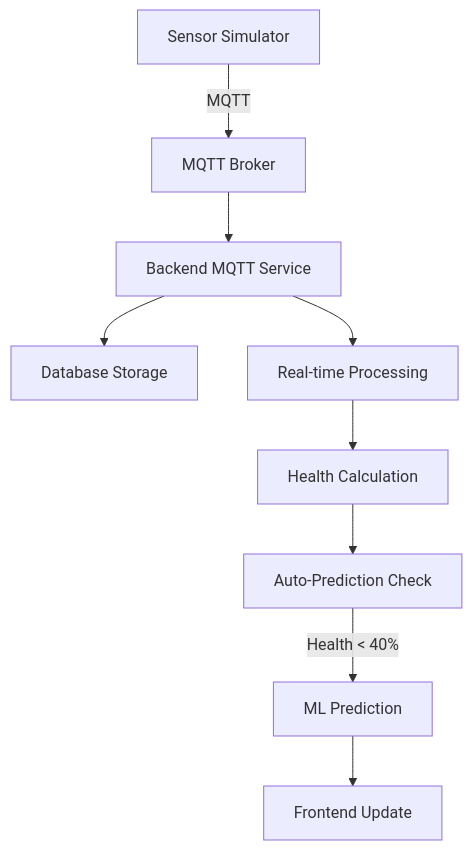
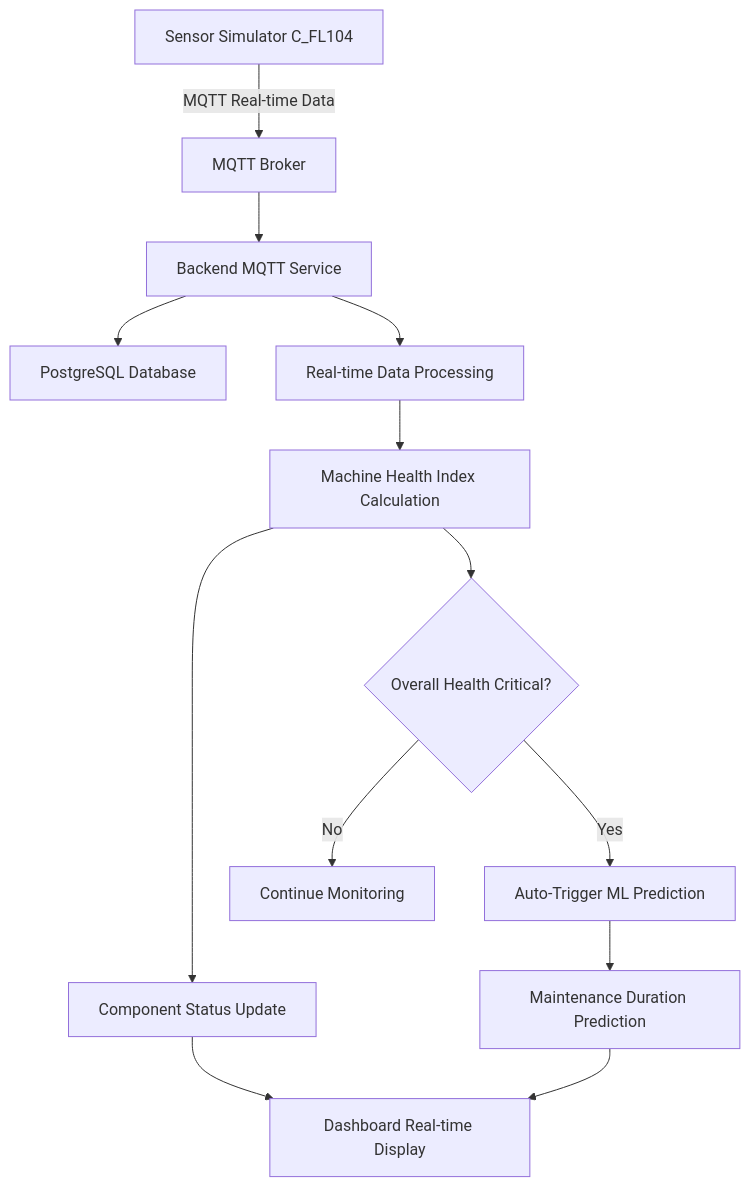
Before and after one commit to yawwnann/Sensor-Model-Prediction-Flexo-104: the first of 4 diagrams in DOKUMENTASI.md, drawn with Mermaid. The commit also changed other lines of this file, not shown here.

Commit message:
docs: Update documentation for Flexo Digital Twin system, enhancing flow diagrams and explanations for data collection, monitoring, and maintenance prediction processes

````diff
--- a/DOKUMENTASI.md
+++ b/DOKUMENTASI.md
@@ -126,11 +126,15 @@
 ```mermaid
 graph TD
-    A[Sensor Simulator] -->|MQTT| B[MQTT Broker]
+    A[Sensor Simulator C_FL104] -->|MQTT Real-time Data| B[MQTT Broker]
     B --> C[Backend MQTT Service]
-    C --> D[Database Storage]
-    C --> E[Real-time Processing]
-    E --> F[Health Calculation]
-    F --> G[Auto-Prediction Check]
-    G -->|Health < 40%| H[ML Prediction]
-    H --> I[Frontend Update]
+    C --> D[PostgreSQL Database]
+    C --> E[Real-time Data Processing]
+    E --> F[Machine Health Index Calculation]
+    F --> G[Component Status Update]
+    G --> H[Dashboard Real-time Display]
+    F --> I{Overall Health Critical?}
+    I -->|Yes| J[Auto-Trigger ML Prediction]
+    I -->|No| K[Continue Monitoring]
+    J --> L[Maintenance Duration Prediction]
+    L --> H
 ```
````
